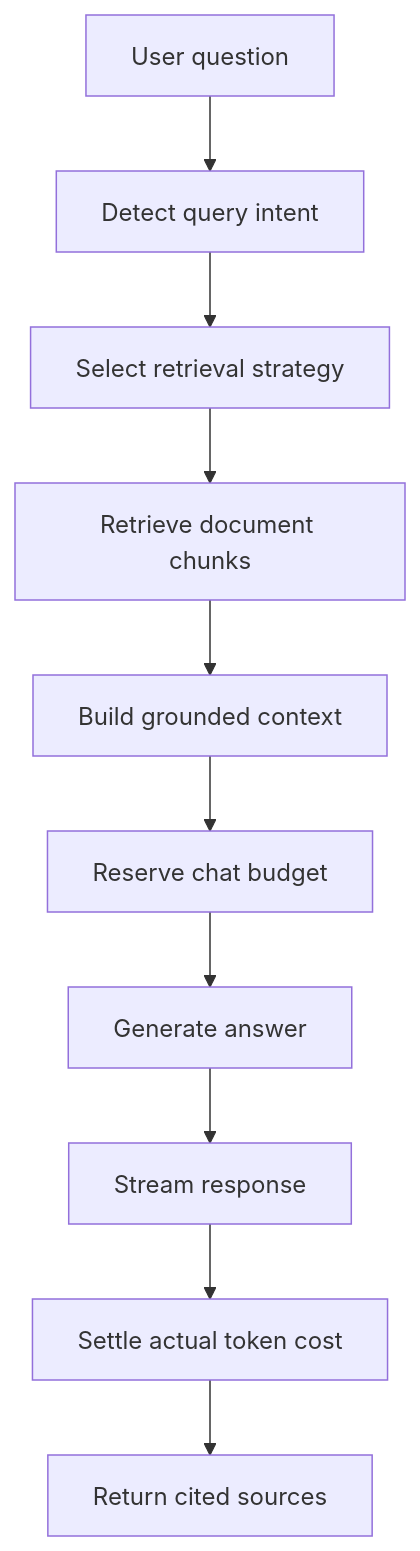
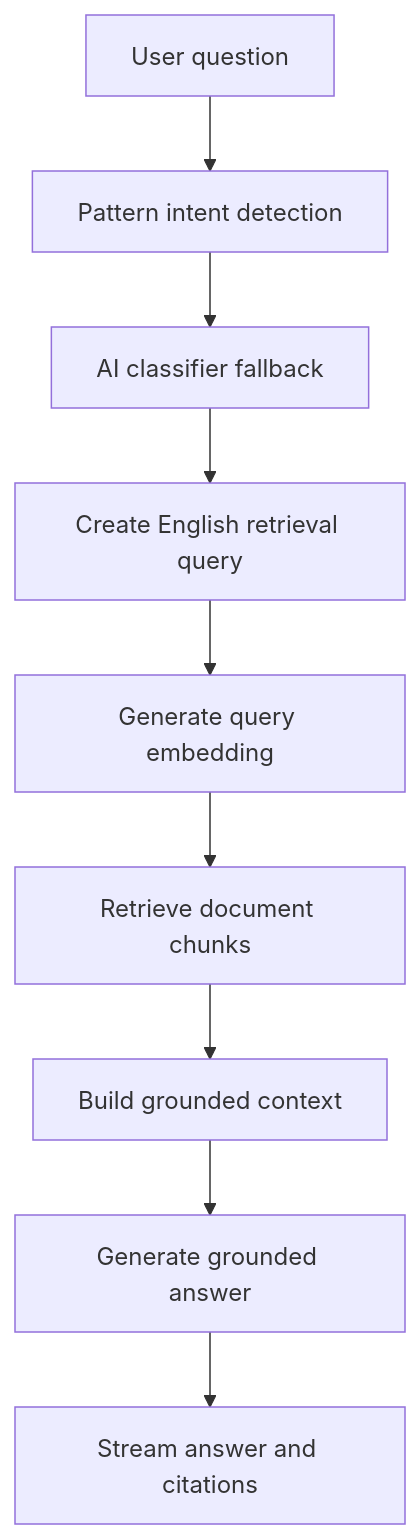
The third of 4 diagrams in README.md (AraMatevosyan/ai-klowledge-base), drawn with Mermaid before and after one commit. The commit also changed other lines of this file, not shown here.

Commit message:
docs: document multilingual semantic retrieval

````diff
--- a/README.md
+++ b/README.md
@@ -296,12 +300,11 @@
 ```mermaid
 flowchart TD
-    Question["User question"] --> Intent["Detect query intent"]
-    Intent --> Retrieval["Select retrieval strategy"]
-    Retrieval --> Search["Retrieve document chunks"]
-    Search --> Context["Build grounded context"]
-    Context --> Reserve["Reserve chat budget"]
-    Reserve --> LLM["Generate answer"]
-    LLM --> Stream["Stream response"]
-    Stream --> Settle["Settle actual token cost"]
-    Settle --> Sources["Return cited sources"]
+    Question["User question"] --> Pattern["Pattern intent detection"]
+    Pattern --> Classifier["AI classifier fallback"]
+    Classifier --> Rewrite["Create English retrieval query"]
+    Rewrite --> Embed["Generate query embedding"]
+    Embed --> Retrieval["Retrieve document chunks"]
+    Retrieval --> Context["Build grounded context"]
+    Context --> LLM["Generate grounded answer"]
+    LLM --> Stream["Stream answer and citations"]
 ```
````
